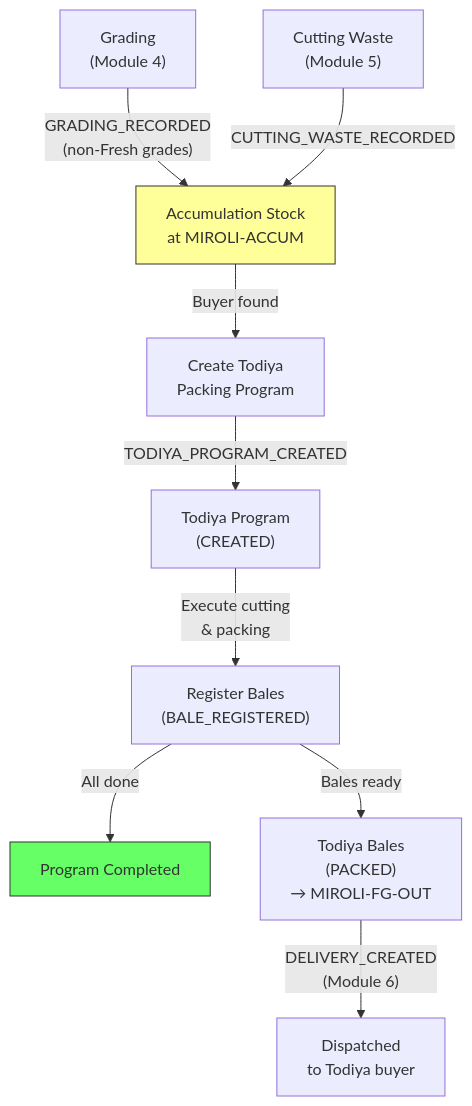
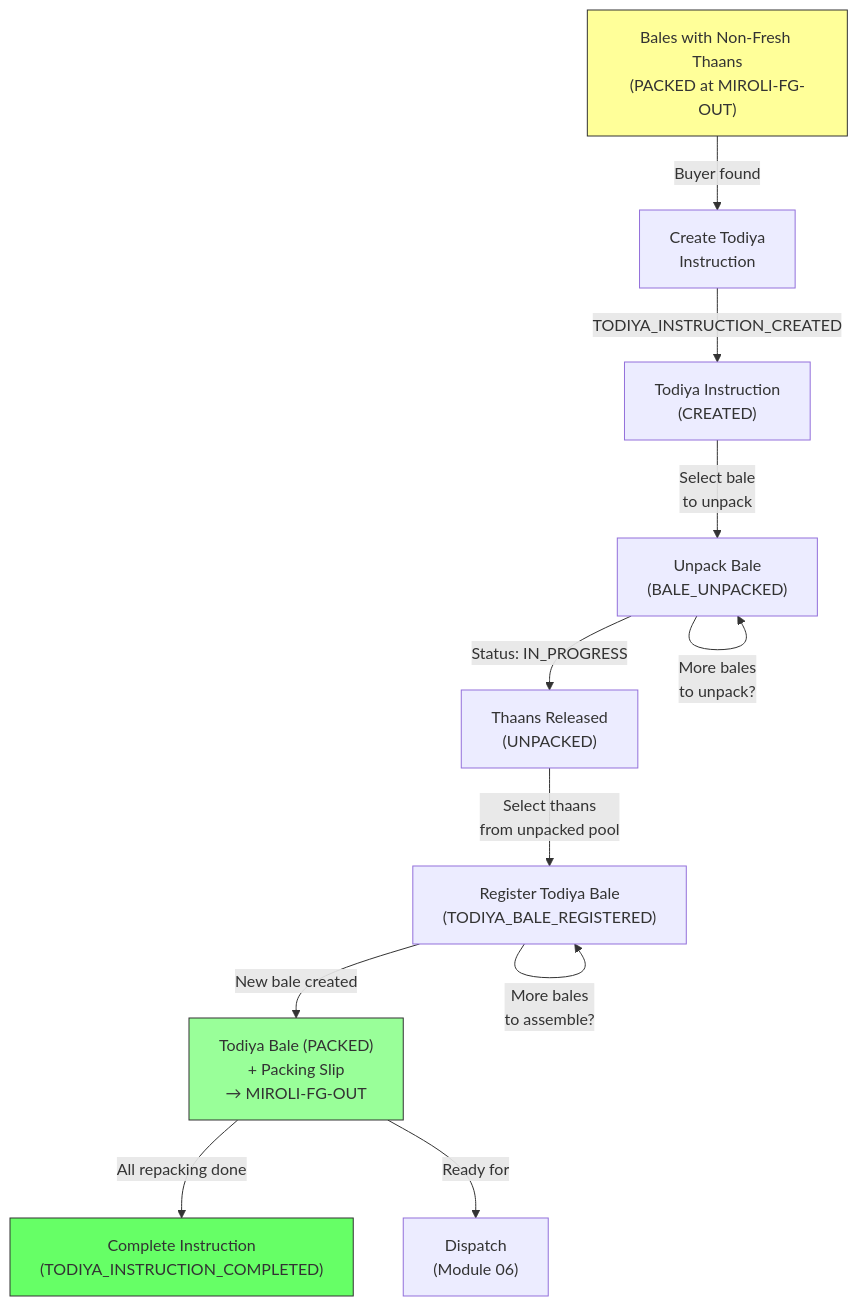
One commit to jetbrodocs/docs-rg-faith changed the diagram in 40-solution-design/rg-faith-miroli/07-todiya.md. Above: the diagram before and after it, drawn with Mermaid. The commit also changed other lines of this file and 35 other files, not shown here.

````diff
--- a/40-solution-design/rg-faith-miroli/07-todiya.md
+++ b/40-solution-design/rg-faith-miroli/07-todiya.md
@@ -226,15 +402,17 @@
 ```mermaid
 flowchart TD
-    A["Grading\n(Module 4)"] -->|"GRADING_RECORDED\n(non-Fresh grades)"| B["Accumulation Stock\nat MIROLI-ACCUM"]
-    C["Cutting Waste\n(Module 5)"] -->|"CUTTING_WASTE_RECORDED"| B
+    A["Bales with Non-Fresh Thaans\n(PACKED at MIROLI-FG-OUT)"] -->|"Buyer found"| B["Create Todiya\nInstruction"]
+    B -->|"TODIYA_INSTRUCTION_CREATED"| C["Todiya Instruction\n(CREATED)"]
+    C -->|"Select bale\nto unpack"| D["Unpack Bale\n(BALE_UNPACKED)"]
+    D -->|"Status: IN_PROGRESS"| E["Thaans Released\n(UNPACKED)"]
+    D -->|"More bales\nto unpack?"| D
+    E -->|"Select thaans\nfrom unpacked pool"| F["Register Todiya Bale\n(TODIYA_BALE_REGISTERED)"]
+    F -->|"New bale created"| G["Todiya Bale (PACKED)\n+ Packing Slip\n→ MIROLI-FG-OUT"]
+    F -->|"More bales\nto assemble?"| F
+    G -->|"All repacking done"| H["Complete Instruction\n(TODIYA_INSTRUCTION_COMPLETED)"]
+    G -->|"Ready for"| I["Dispatch\n(Module 06)"]
 
-    B -->|"Buyer found"| D["Create Todiya\nPacking Program"]
-    D -->|"TODIYA_PROGRAM_CREATED"| E["Todiya Program\n(CREATED)"]
-    E -->|"Execute cutting\n& packing"| F["Register Bales\n(BALE_REGISTERED)"]
-    F -->|"All done"| G["Program Completed"]
-    F -->|"Bales ready"| H["Todiya Bales\n(PACKED)\n→ MIROLI-FG-OUT"]
-    H -->|"DELIVERY_CREATED\n(Module 6)"| I["Dispatched\nto Todiya buyer"]
-
-    style G fill:#6f6,stroke:#333
-    style B fill:#ff9,stroke:#333
+    style H fill:#6f6,stroke:#333
+    style A fill:#ff9,stroke:#333
+    style G fill:#9f9,stroke:#333
 ```
````
